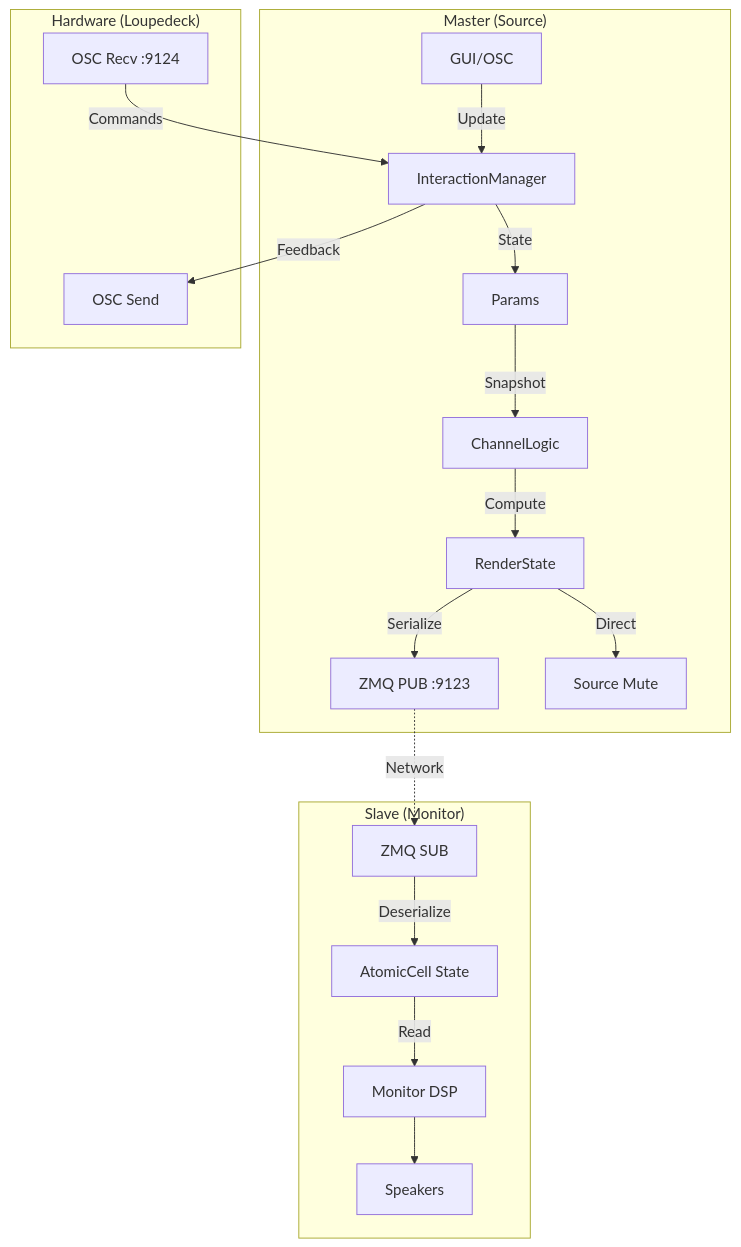
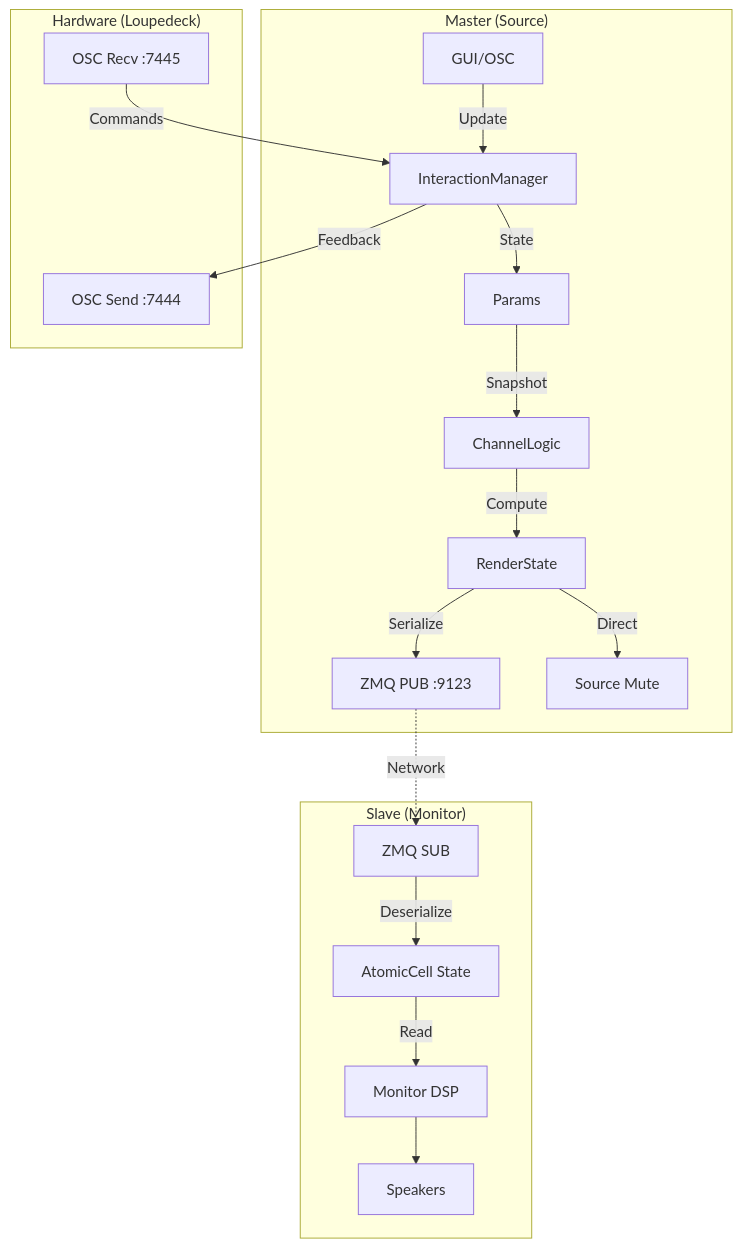
One commit to GohardSGG/MonitorControllerMax changed the diagram in Doc/Main/5.功能模块设计.md. Above: the diagram before and after it, drawn with Mermaid. The commit also changed other lines of this file and 14 other files, not shown here.

````diff
--- a/Doc/Main/5.功能模块设计.md
+++ b/Doc/Main/5.功能模块设计.md
@@ -9,24 +9,24 @@
 ```mermaid
 graph TD
     subgraph "Master (Source)"
         UI[GUI/OSC] -->|Update| IM[InteractionManager]
         IM -->|State| Params
         Params -->|Snapshot| Logic[ChannelLogic]
         Logic -->|Compute| State[RenderState]
         State -->|Serialize| NetPub[ZMQ PUB :9123]
         State -->|Direct| AudioM[Source Mute]
     end
 
     NetPub -.->|Network| NetSub[ZMQ SUB]
 
     subgraph "Slave (Monitor)"
         NetSub -->|Deserialize| Cache[AtomicCell State]
         Cache -->|Read| AudioS[Monitor DSP]
         AudioS --> Speakers
     end
 
     subgraph "Hardware (Loupedeck)"
-        OSC_IN[OSC Recv :9124] -->|Commands| IM
-        IM -->|Feedback| OSC_OUT[OSC Send]
+        OSC_IN[OSC Recv :7445] -->|Commands| IM
+        IM -->|Feedback| OSC_OUT[OSC Send :7444]
     end
 ```
````
